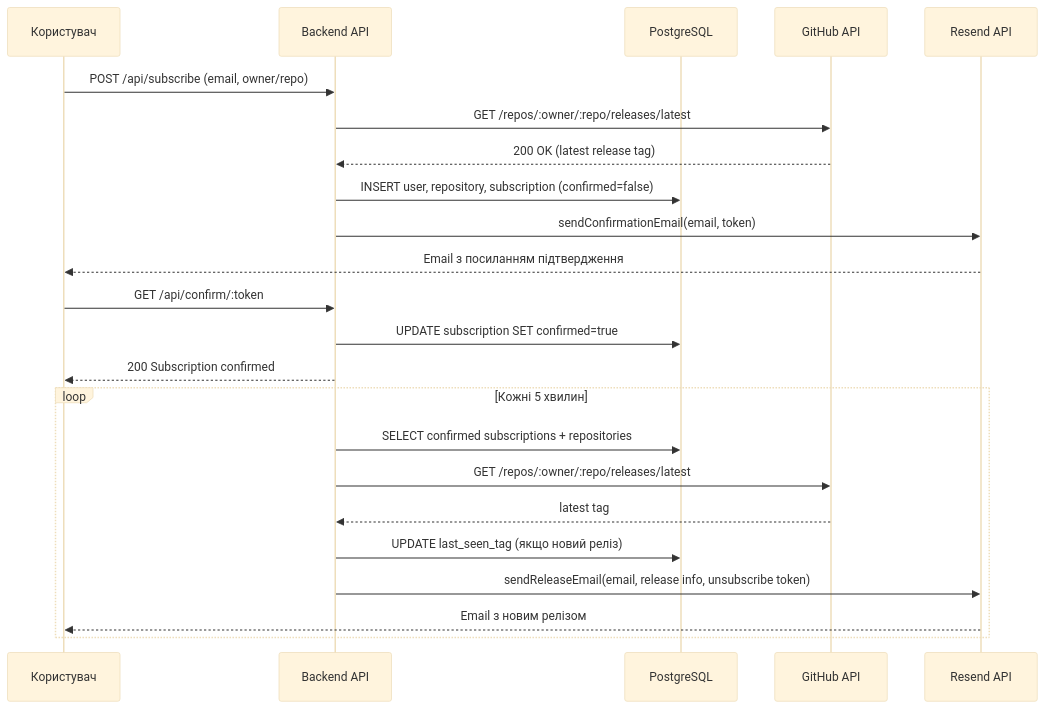
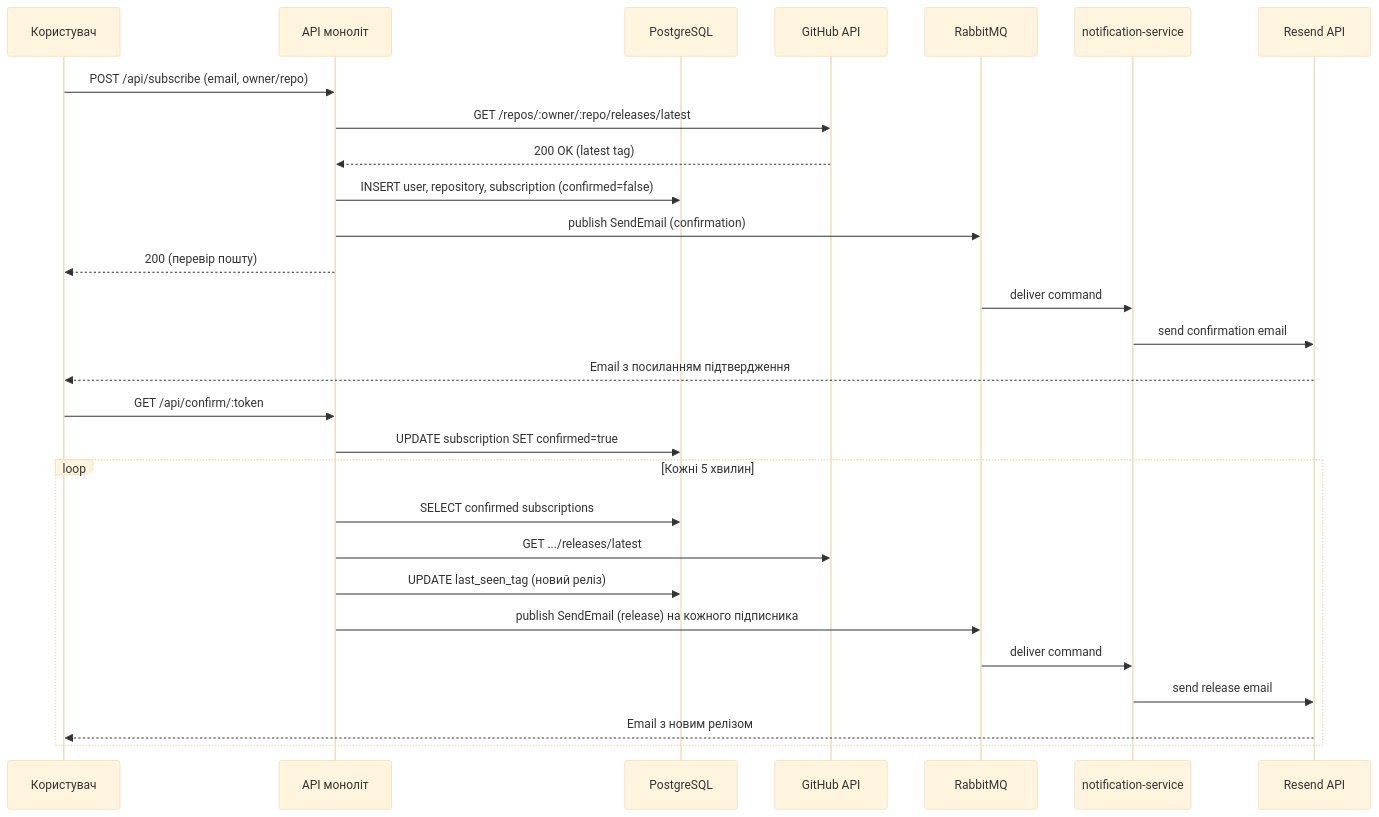
One commit to GenesisEducationKyiv/software-engineering-school-6-0-ExLyD1 changed the third of 3 diagrams in docs/SDD.md. Above: the diagram before and after it, drawn with Mermaid (base theme). The commit also changed other lines of this file, not shown here.

Commit message:
docs: update SDD to current architecture (broker, notification service, DLQ)

````diff
--- a/docs/SDD.md
+++ b/docs/SDD.md
@@ -196,28 +199,33 @@
 ```mermaid
 sequenceDiagram
     participant User as Користувач
-    participant API as Backend API
+    participant API as API моноліт
     participant DB as PostgreSQL
     participant GH as GitHub API
+    participant MQ as RabbitMQ
+    participant Notif as notification-service
     participant Resend as Resend API
 
     User->>API: POST /api/subscribe (email, owner/repo)
     API->>GH: GET /repos/:owner/:repo/releases/latest
-    GH-->>API: 200 OK (latest release tag)
+    GH-->>API: 200 OK (latest tag)
     API->>DB: INSERT user, repository, subscription (confirmed=false)
-    API->>Resend: sendConfirmationEmail(email, token)
+    API->>MQ: publish SendEmail (confirmation)
+    API-->>User: 200 (перевір пошту)
+    MQ->>Notif: deliver command
+    Notif->>Resend: send confirmation email
     Resend-->>User: Email з посиланням підтвердження
 
     User->>API: GET /api/confirm/:token
     API->>DB: UPDATE subscription SET confirmed=true
-    API-->>User: 200 Subscription confirmed
 
     loop Кожні 5 хвилин
-        API->>DB: SELECT confirmed subscriptions + repositories
-        API->>GH: GET /repos/:owner/:repo/releases/latest
-        GH-->>API: latest tag
-        API->>DB: UPDATE last_seen_tag (якщо новий реліз)
-        API->>Resend: sendReleaseEmail(email, release info, unsubscribe token)
+        API->>DB: SELECT confirmed subscriptions
+        API->>GH: GET .../releases/latest
+        API->>DB: UPDATE last_seen_tag (новий реліз)
+        API->>MQ: publish SendEmail (release) на кожного підписника
+        MQ->>Notif: deliver command
+        Notif->>Resend: send release email
         Resend-->>User: Email з новим релізом
     end
 ```
````
